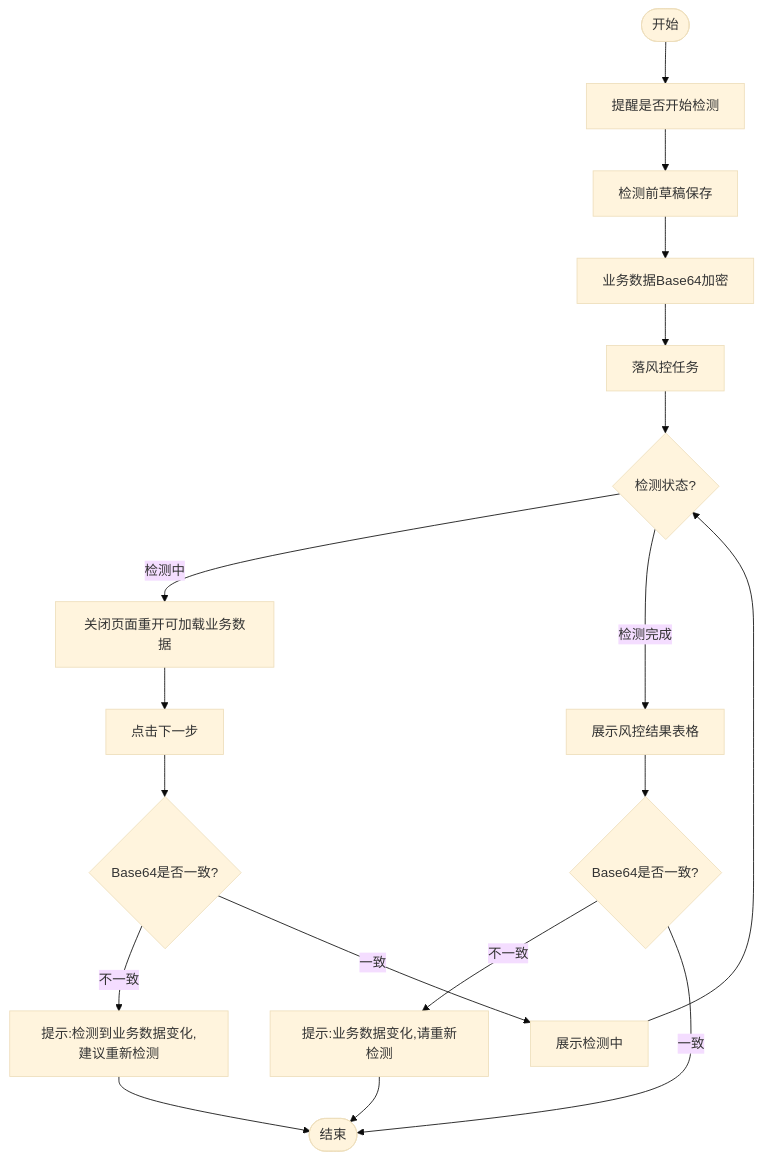
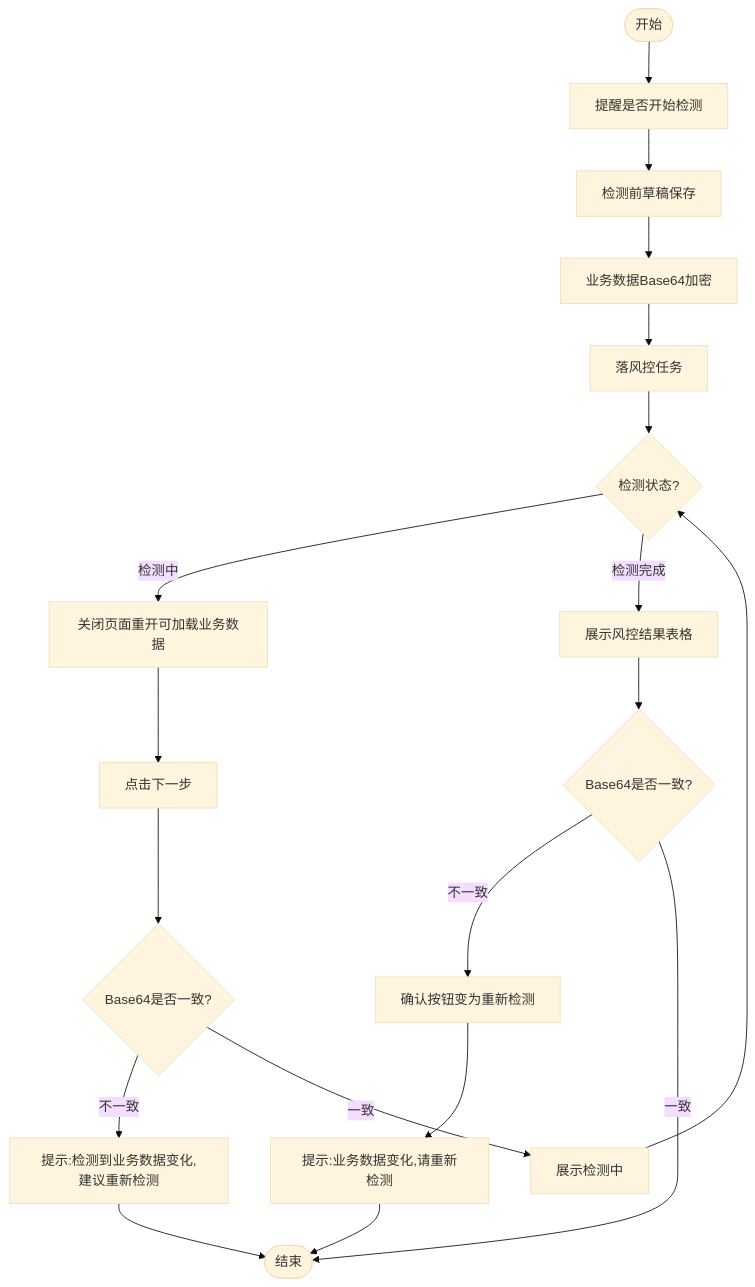
Before and after one commit to LRainD/LRainD.github.io: the first of 2 diagrams in 数字合规官/文档/数字合规官流程文档.md, drawn with Mermaid (base theme). The commit also changed other lines of this file, not shown here.

````diff
--- a/数字合规官/文档/数字合规官流程文档.md
+++ b/数字合规官/文档/数字合规官流程文档.md
@@ -65,23 +65,24 @@
 ```mermaid
 flowchart TD
     Start([开始]) --> StartEnsure[提醒是否开始检测]
     StartEnsure[提醒是否开始检测] --> SaveDraft[检测前草稿保存]
     SaveDraft --> Encrypt[业务数据Base64加密]
     Encrypt --> CreateRisk[落风控任务]
     CreateRisk --> CheckStatus{检测状态?}
     
     CheckStatus -- 检测中 --> LoadData[关闭页面重开可加载业务数据]
     LoadData --> ClickNext[点击下一步]
     ClickNext --> CheckEncrypt1{Base64是否一致?}
     CheckEncrypt1 -- 不一致 --> Tip1[提示:检测到业务数据变化,建议重新检测]
     CheckEncrypt1 -- 一致 --> ShowChecking[展示检测中]
     
     CheckStatus -- 检测完成 --> ShowResult[展示风控结果表格]
     ShowResult --> CheckEncrypt2{Base64是否一致?}
-    CheckEncrypt2 -- 不一致 --> Tip2[提示:业务数据变化,请重新检测]
+    CheckEncrypt2 -- 不一致 --> ChangeBtn[确认按钮变为重新检测]
+    ChangeBtn --> Tip2[提示:业务数据变化,请重新检测]
     CheckEncrypt2 -- 一致 --> End([结束])
     
     ShowChecking --> CheckStatus
     Tip1 --> End
     Tip2 --> End
 ```
````
